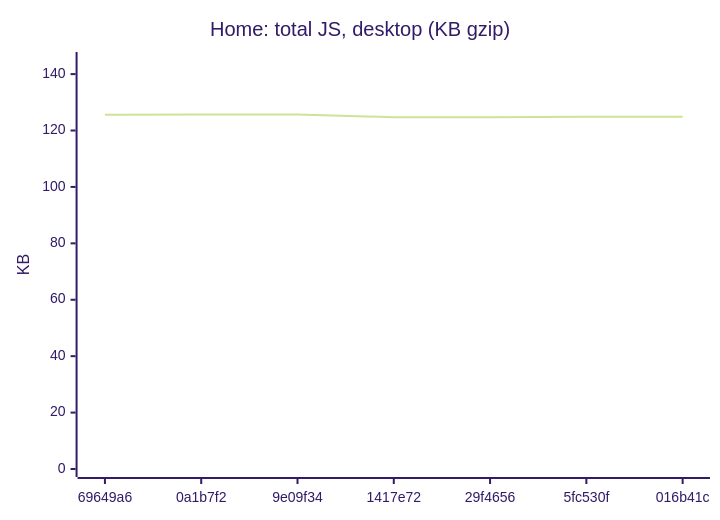
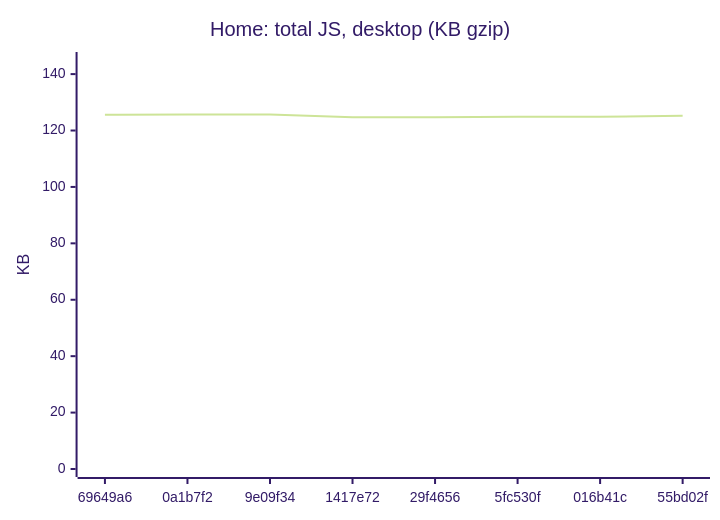
One commit to AxelUser/maltsev.space changed the first of 18 diagrams in README.md. Above: the diagram before and after it, drawn with Mermaid (forest theme). The commit also changed other lines of this file and 1 other file, not shown here.

````diff
--- a/README.md
+++ b/README.md
@@ -35,7 +35,7 @@
 ```mermaid
 xychart-beta
   title "Home: total JS, desktop (KB gzip)"
-  x-axis ["69649a6", "0a1b7f2", "9e09f34", "1417e72", "29f4656", "5fc530f", "016b41c"]
+  x-axis ["69649a6", "0a1b7f2", "9e09f34", "1417e72", "29f4656", "5fc530f", "016b41c", "55bd02f"]
   y-axis "KB" 0 --> 145
-  line [125.6, 125.7, 125.7, 124.7, 124.7, 124.9, 124.9]
+  line [125.6, 125.7, 125.7, 124.7, 124.7, 124.9, 124.9, 125.2]
 ```
````
